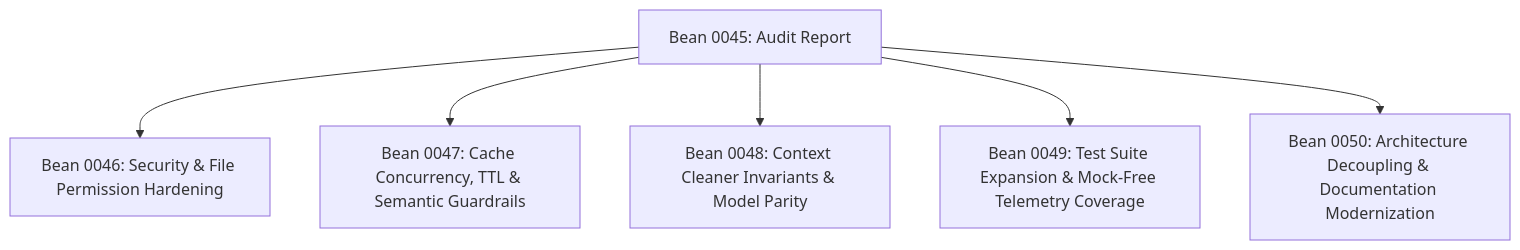
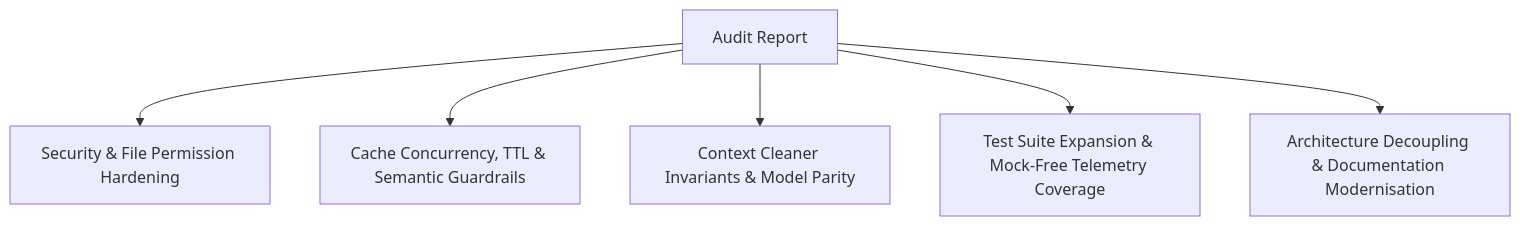
The diagram in docs/audit_report.md (Holon-Agentic-Coder/holon-coherence), drawn with Mermaid before and after one commit. The commit also changed other lines of this file and 31 other files, not shown here.

````diff
--- a/docs/audit_report.md
+++ b/docs/audit_report.md
@@ -480,8 +480,8 @@
 ```mermaid
 graph TD
-    Audit["Bean 0045: Audit Report"] --> B46["Bean 0046: Security & File Permission Hardening"]
-    Audit --> B47["Bean 0047: Cache Concurrency, TTL & Semantic Guardrails"]
-    Audit --> B48["Bean 0048: Context Cleaner Invariants & Model Parity"]
-    Audit --> B49["Bean 0049: Test Suite Expansion & Mock-Free Telemetry Coverage"]
-    Audit --> B50["Bean 0050: Architecture Decoupling & Documentation Modernization"]
+    Audit["Audit Report"] --> F1["Security & File Permission Hardening"]
+    Audit --> F2["Cache Concurrency, TTL & Semantic Guardrails"]
+    Audit --> F3["Context Cleaner Invariants & Model Parity"]
+    Audit --> F4["Test Suite Expansion & Mock-Free Telemetry Coverage"]
+    Audit --> F5["Architecture Decoupling & Documentation Modernisation"]
 ```
````
